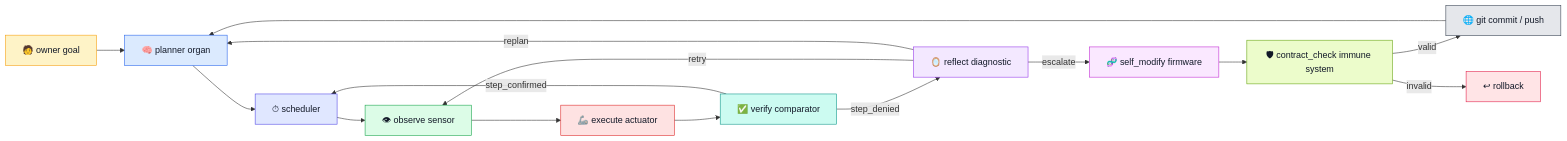
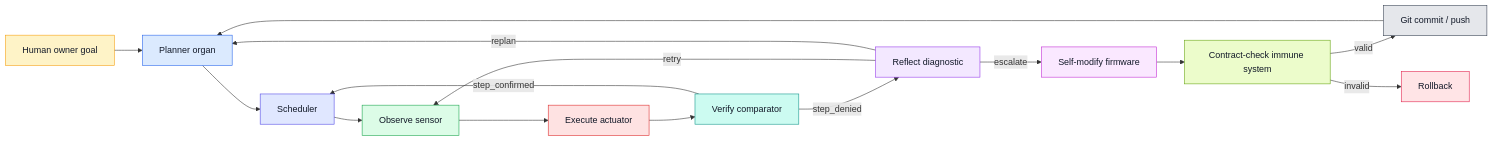
The first of 4 diagrams in README.md (wgabrys88/endgame-ai), drawn with Mermaid before and after one commit. The commit also changed other lines of this file, not shown here.

````diff
--- a/README.md
+++ b/README.md
@@ -62,29 +62,29 @@
 ```mermaid
 flowchart LR
-    Human["🧑 owner goal"]:::human --> Planner["🧠 planner organ"]:::brain
-    Planner --> Scheduler["⏱ scheduler"]:::logic
-    Scheduler --> Observe["👁 observe sensor"]:::sensor
-    Observe --> Execute["🦾 execute actuator"]:::actuator
-    Execute --> Verify["✅ verify comparator"]:::verify
-    Verify -->|step_confirmed| Scheduler
-    Verify -->|step_denied| Reflect["🪞 reflect diagnostic"]:::reflect
-    Reflect -->|retry| Observe
-    Reflect -->|replan| Planner
-    Reflect -->|escalate| SelfModify["🧬 self_modify firmware"]:::firmware
-    SelfModify --> ContractCheck["🛡 contract_check immune system"]:::immune
-    ContractCheck -->|valid| Git["🌐 git commit / push"]:::git
-    ContractCheck -->|invalid| Rollback["↩ rollback"]:::danger
-    Git --> Planner
+Human["Human owner goal"]:::human --> Planner["Planner organ"]:::brain
+Planner --> Scheduler["Scheduler"]:::logic
+Scheduler --> Observe["Observe sensor"]:::sensor
+Observe --> Execute["Execute actuator"]:::actuator
+Execute --> Verify["Verify comparator"]:::verify
+Verify -->|step_confirmed| Scheduler
+Verify -->|step_denied| Reflect["Reflect diagnostic"]:::reflect
+Reflect -->|retry| Observe
+Reflect -->|replan| Planner
+Reflect -->|escalate| SelfModify["Self-modify firmware"]:::firmware
+SelfModify --> ContractCheck["Contract-check immune system"]:::immune
+ContractCheck -->|valid| Git["Git commit / push"]:::git
+ContractCheck -->|invalid| Rollback["Rollback"]:::danger
+Git --> Planner
 
-    classDef human fill:#fef3c7,stroke:#f59e0b,color:#111827;
-    classDef brain fill:#dbeafe,stroke:#2563eb,color:#111827;
-    classDef logic fill:#e0e7ff,stroke:#4f46e5,color:#111827;
-    classDef sensor fill:#dcfce7,stroke:#16a34a,color:#111827;
-    classDef actuator fill:#fee2e2,stroke:#dc2626,color:#111827;
-    classDef verify fill:#ccfbf1,stroke:#0d9488,color:#111827;
-    classDef reflect fill:#f3e8ff,stroke:#9333ea,color:#111827;
-    classDef firmware fill:#fae8ff,stroke:#c026d3,color:#111827;
-    classDef immune fill:#ecfccb,stroke:#65a30d,color:#111827;
-    classDef git fill:#e5e7eb,stroke:#374151,color:#111827;
-    classDef danger fill:#ffe4e6,stroke:#e11d48,color:#111827;
+classDef human fill:#fef3c7,stroke:#f59e0b,color:#111827;
+classDef brain fill:#dbeafe,stroke:#2563eb,color:#111827;
+classDef logic fill:#e0e7ff,stroke:#4f46e5,color:#111827;
+classDef sensor fill:#dcfce7,stroke:#16a34a,color:#111827;
+classDef actuator fill:#fee2e2,stroke:#dc2626,color:#111827;
+classDef verify fill:#ccfbf1,stroke:#0d9488,color:#111827;
+classDef reflect fill:#f3e8ff,stroke:#9333ea,color:#111827;
+classDef firmware fill:#fae8ff,stroke:#c026d3,color:#111827;
+classDef immune fill:#ecfccb,stroke:#65a30d,color:#111827;
+classDef git fill:#e5e7eb,stroke:#374151,color:#111827;
+classDef danger fill:#ffe4e6,stroke:#e11d48,color:#111827;
 ```
````
